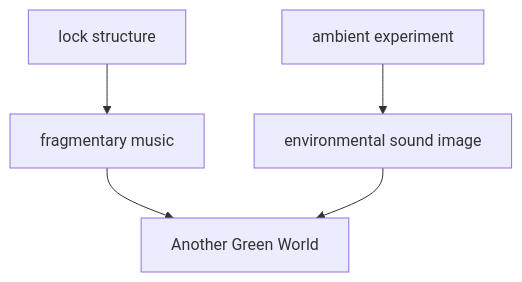
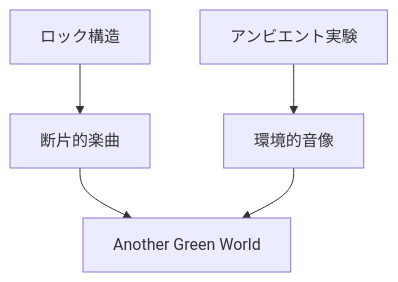
One commit to monumental-movement/monumental-movement.github.io changed the seventh of 11 diagrams in en/_posts/2026-07-01-column-influential-album-03.md. Above: the diagram before and after it, drawn with Mermaid. The commit also changed other lines of this file and 2196 other files, not shown here.

```diff
--- a/en/_posts/2026-07-01-column-influential-album-03.md
+++ b/en/_posts/2026-07-01-column-influential-album-03.md
@@ -720,14 +718,14 @@
 <div class="mermaid">
 flowchart TD
-A[lock structure]
-B[ambient experiment]
-C[fragmentary music]
-D[environmental sound image]
+A[ロック構造]
+B[アンビエント実験]
+C[断片的楽曲]
+D[環境的音像]
 E[Another Green World]
 
 A --> C
 B --> D
 C --> E
 D --> E
 
 </div>
```
